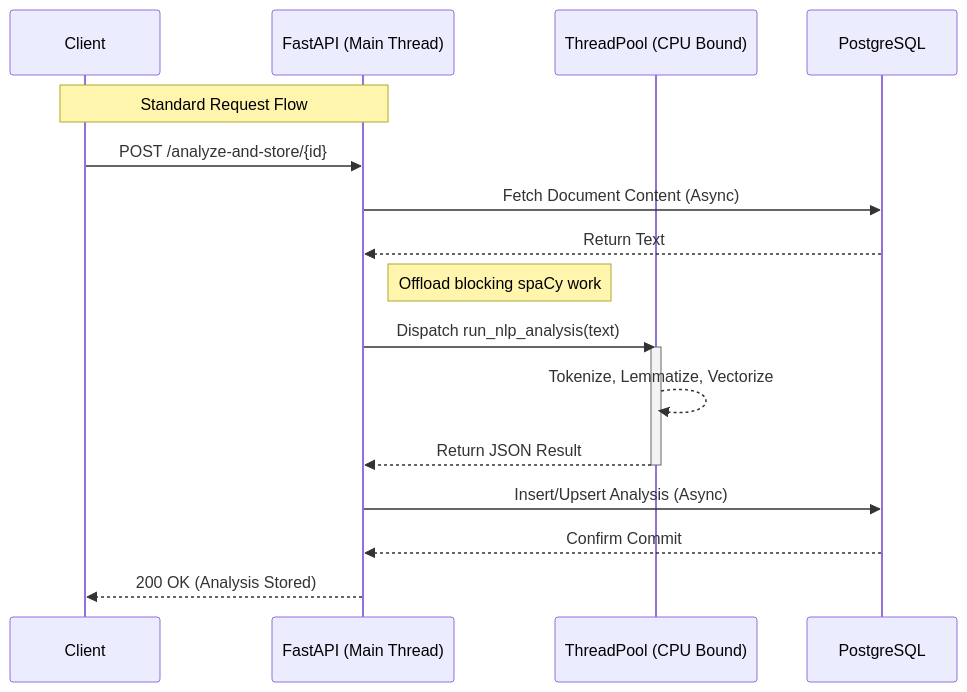
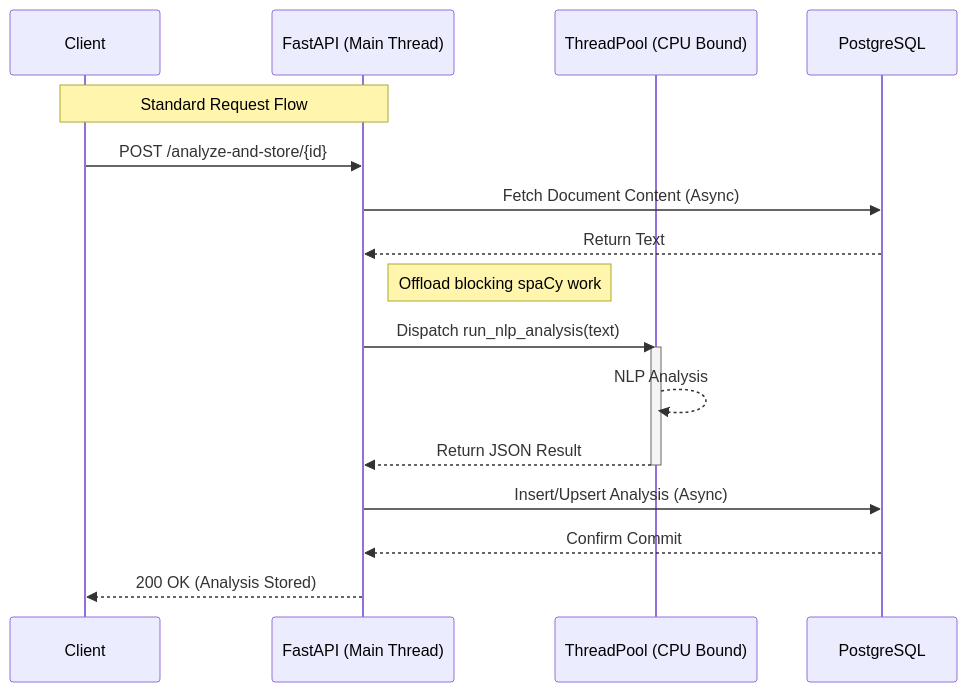
The first of 4 diagrams in README.md (AG7-ES/nlp-pipeline-repo), drawn with Mermaid before and after one commit. The commit also changed other lines of this file, not shown here.

````diff
--- a/README.md
+++ b/README.md
@@ -31,24 +31,24 @@
 ```mermaid
 sequenceDiagram
     participant Client
     participant API as FastAPI (Main Thread)
     participant Worker as ThreadPool (CPU Bound)
     participant DB as PostgreSQL
     
     Note over Client, API: Standard Request Flow
     
     Client->>API: POST /analyze-and-store/{id}
     API->>DB: Fetch Document Content (Async)
     DB-->>API: Return Text
     
     Note right of API: Offload blocking spaCy work
     API->>Worker: Dispatch run_nlp_analysis(text)
     activate Worker
-    Worker-->>Worker: Tokenize, Lemmatize, Vectorize
+    Worker-->>Worker: NLP Analysis
     Worker-->>API: Return JSON Result
     deactivate Worker
     
     API->>DB: Insert/Upsert Analysis (Async)
     DB-->>API: Confirm Commit
     API-->>Client: 200 OK (Analysis Stored)
 ```
````
